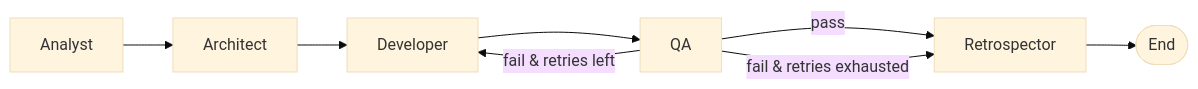
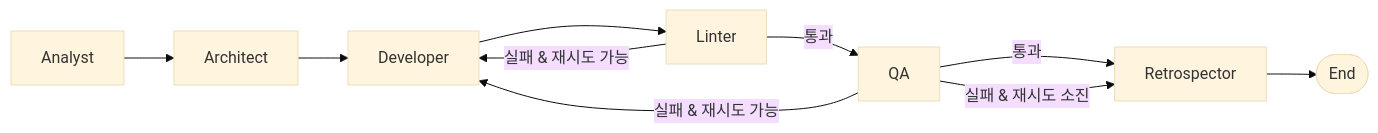
One commit to balrok12/agentic-dev-pipeline changed the diagram in README.md. Above: the diagram before and after it, drawn with Mermaid (base theme). The commit also changed other lines of this file and 5 other files, not shown here.

````diff
--- a/README.md
+++ b/README.md
@@ -34,10 +37,12 @@
 ```mermaid
 graph LR
     A[Analyst] --> B[Architect]
     B --> C[Developer]
-    C --> D[QA]
-    D -- pass --> E[Retrospector]
-    D -- fail & retries left --> C
-    D -- fail & retries exhausted --> E
-    E --> END([End])
+    C --> D[Linter]
+    D -- 통과 --> E[QA]
+    D -- 실패 & 재시도 가능 --> C
+    E -- 통과 --> F[Retrospector]
+    E -- 실패 & 재시도 가능 --> C
+    E -- 실패 & 재시도 소진 --> F
+    F --> END([End])
 ```
````
